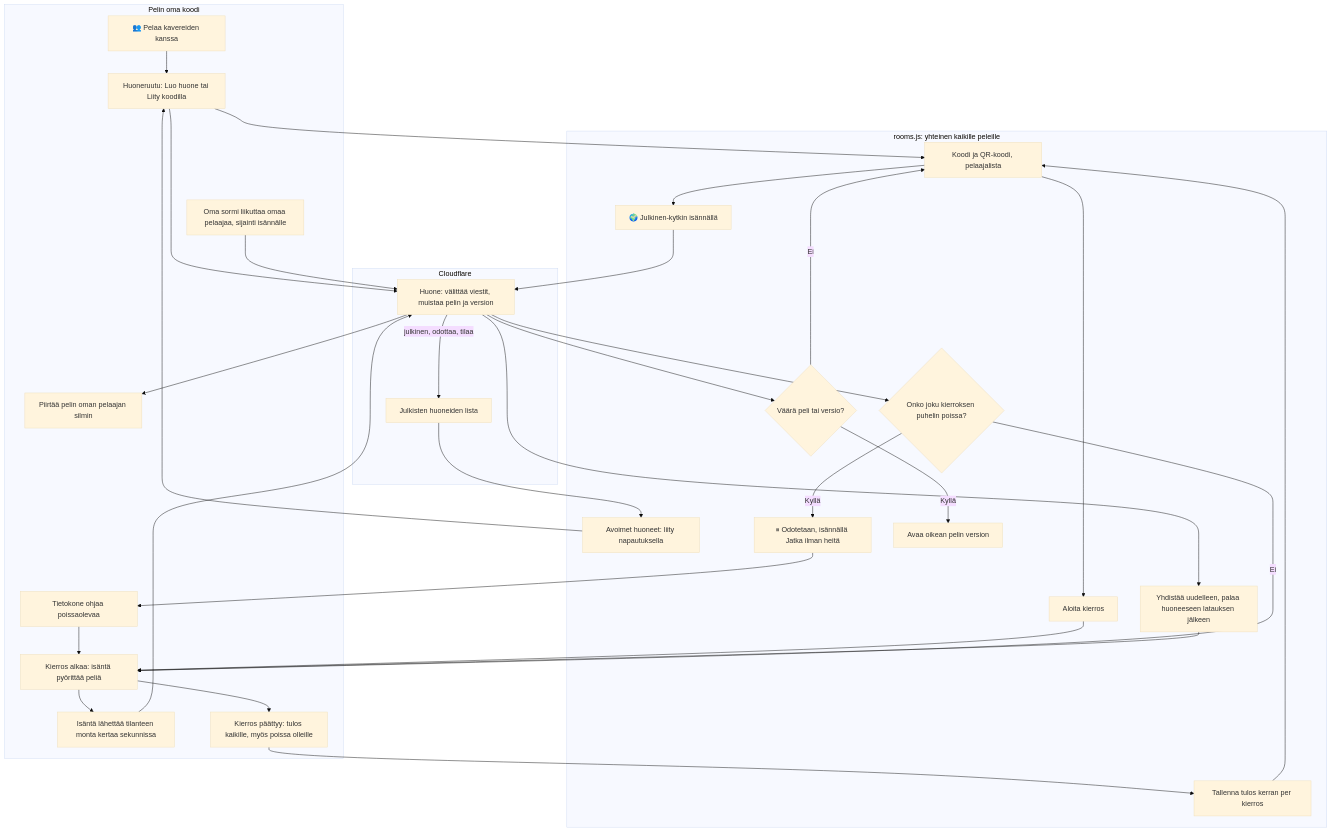
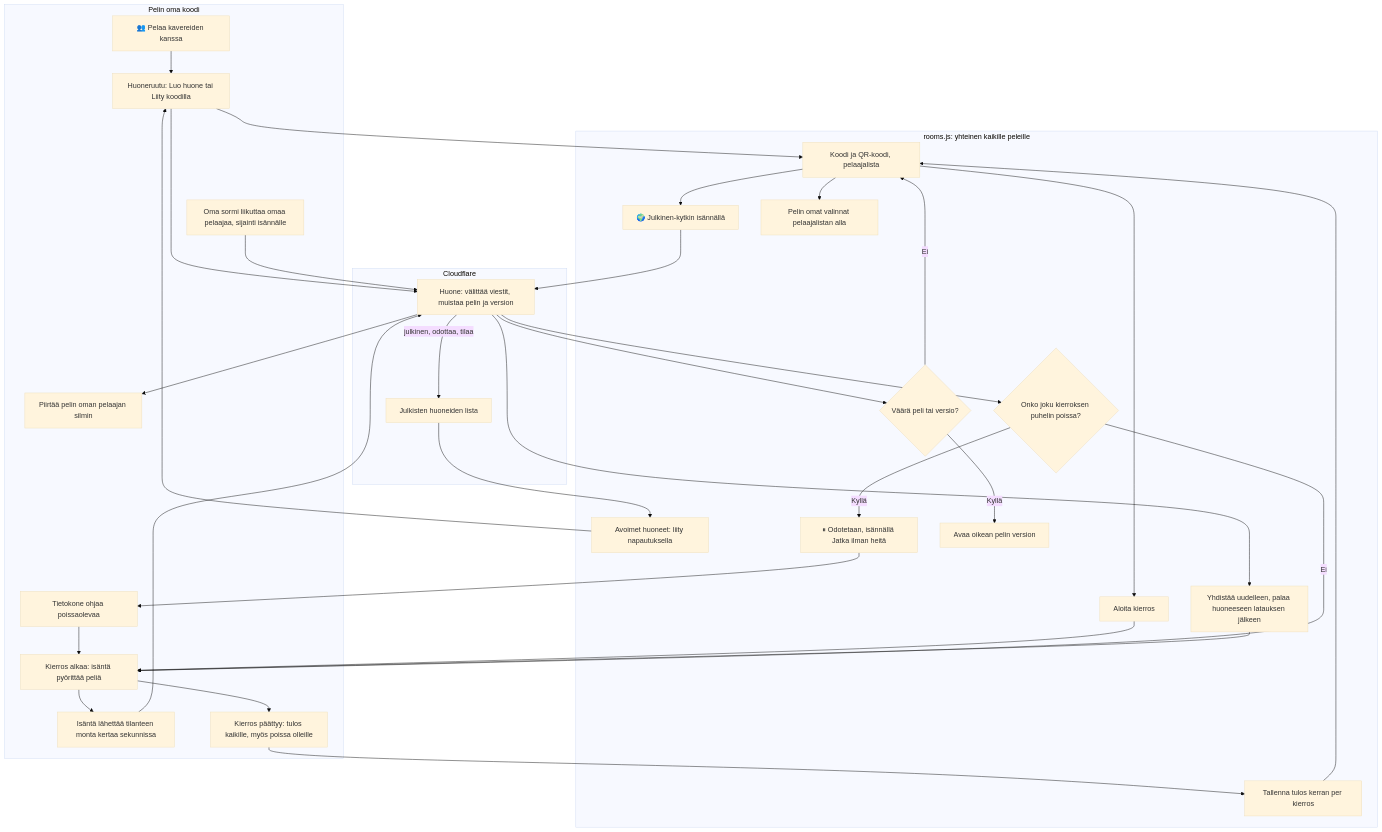
One commit to eerovil/ai-pelit changed the diagram in docs/diagrams/moninpeli.md. Above: the diagram before and after it, drawn with Mermaid (base theme). The commit also changed other lines of this file and 2 other files, not shown here.

Commit message:
Hiihto v3: diagrams and shelf picture (#61)

````diff
--- a/docs/diagrams/moninpeli.md
+++ b/docs/diagrams/moninpeli.md
@@ -11,51 +11,52 @@
 ```mermaid
 flowchart TD
   subgraph Peli[Pelin oma koodi]
     G1[👥 Pelaa kavereiden kanssa] --> L1
     G2[Kierros alkaa: isäntä pyörittää peliä] --> G3[Isäntä lähettää tilanteen monta kertaa sekunnissa]
     G6[Oma sormi liikuttaa omaa pelaajaa, sijainti isännälle]
     G4[Piirtää pelin oman pelaajan silmin]
     G5[Kierros päättyy: tulos kaikille, myös poissa olleille]
     G7[Tietokone ohjaa poissaolevaa]
   end
   subgraph Lib[rooms.js: yhteinen kaikille peleille]
     L1[Huoneruutu: Luo huone tai Liity koodilla] --> L2[Koodi ja QR-koodi, pelaajalista]
     L10[Avoimet huoneet: liity napautuksella] --> L1
     L2 --> L11[🌍 Julkinen-kytkin isännällä]
+    L2 --> L12[Pelin omat valinnat pelaajalistan alla]
     L2 --> L3[Aloita kierros]
     L4[Yhdistää uudelleen, palaa huoneeseen latauksen jälkeen]
     L5{Onko joku kierroksen puhelin poissa?}
     L5 -- Kyllä --> L6[⏸ Odotetaan, isännällä Jatka ilman heitä]
     L7[Tallenna tulos kerran per kierros]
     L8{Väärä peli tai versio?}
     L8 -- Kyllä --> L9[Avaa oikean pelin version]
   end
   subgraph Cloudflare
     C1[Huone: välittää viestit, muistaa pelin ja version]
     C2[Julkisten huoneiden lista]
   end
   L11 --> C1
   C1 -- julkinen, odottaa, tilaa --> C2
   C2 --> L10
   L1 --> C1
   C1 --> L8
   L8 -- Ei --> L2
   L3 --> G2
   G3 --> C1
   G6 --> C1
   C1 --> G4
   C1 --> L4
   L4 --> G2
   C1 --> L5
   L5 -- Ei --> G2
   L6 --> G7
   G7 --> G2
   G2 --> G5
   G5 --> L7
   L7 --> L2
   class G1,G2,G3,G4,G5,G6 teal
-  class L1,L2,L3,L4,L7,L9,L10,L11 blue
+  class L1,L2,L3,L4,L7,L9,L10,L11,L12 blue
   class C1,C2 violet
   class L5,L8 amber
   class L6,G7 rose
 ```
````
